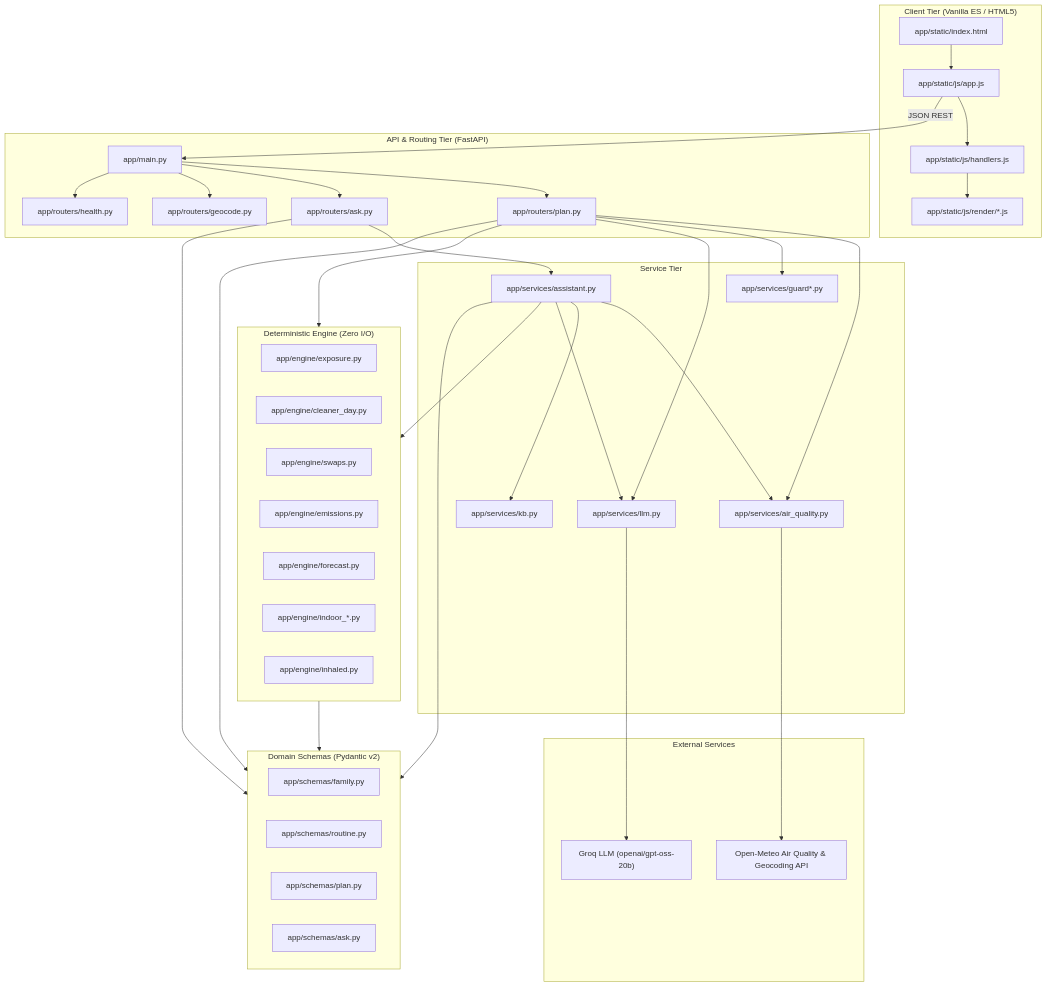
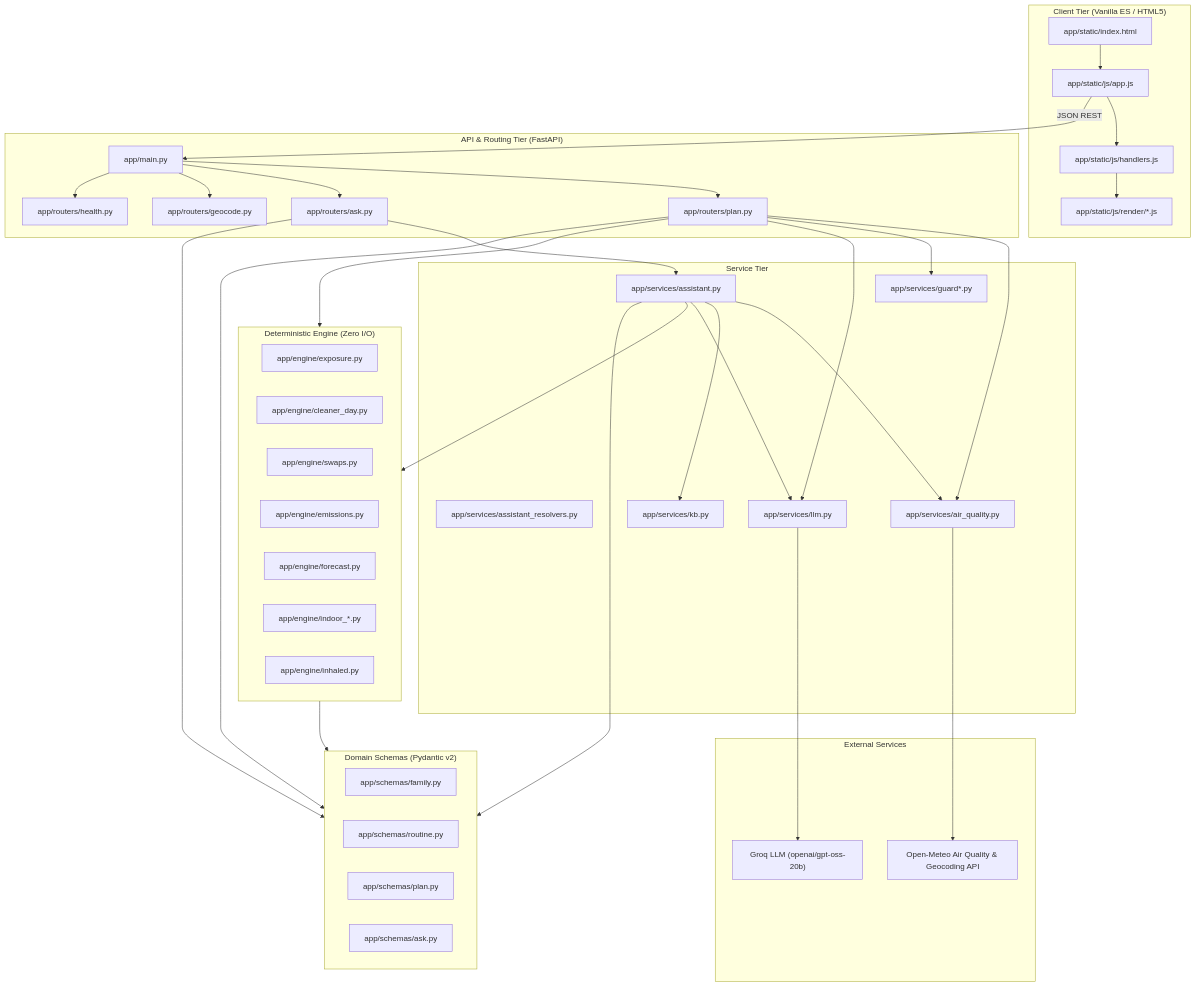
Before and after one commit to CodeWithMehru/saansplan: the diagram in docs/ARCHITECTURE.md, drawn with Mermaid. The commit also changed 9 other files, not shown here.

````diff
--- a/docs/ARCHITECTURE.md
+++ b/docs/ARCHITECTURE.md
@@ -7,63 +7,64 @@
 ```mermaid
 flowchart TD
     subgraph Client["Client Tier (Vanilla ES / HTML5)"]
         UI["app/static/index.html"]
         APP["app/static/js/app.js"]
         HANDLERS["app/static/js/handlers.js"]
         RENDER["app/static/js/render/*.js"]
     end
 
     subgraph API["API & Routing Tier (FastAPI)"]
         MAIN["app/main.py"]
         R_PLAN["app/routers/plan.py"]
         R_ASK["app/routers/ask.py"]
         R_GEO["app/routers/geocode.py"]
         R_HEALTH["app/routers/health.py"]
     end
 
     subgraph Services["Service Tier"]
         SVC_ASSIST["app/services/assistant.py"]
+        SVC_RESOLV["app/services/assistant_resolvers.py"]
         SVC_AQ["app/services/air_quality.py"]
         SVC_GUARD["app/services/guard*.py"]
         SVC_LLM["app/services/llm.py"]
         SVC_KB["app/services/kb.py"]
     end
 
     subgraph Engine["Deterministic Engine (Zero I/O)"]
         ENG_EXP["app/engine/exposure.py"]
         ENG_CLN["app/engine/cleaner_day.py"]
         ENG_SWP["app/engine/swaps.py"]
         ENG_EMI["app/engine/emissions.py"]
         ENG_FC["app/engine/forecast.py"]
         ENG_IND["app/engine/indoor_*.py"]
         ENG_INH["app/engine/inhaled.py"]
     end
 
     subgraph Schemas["Domain Schemas (Pydantic v2)"]
         SCH_FAM["app/schemas/family.py"]
         SCH_ROU["app/schemas/routine.py"]
         SCH_PLN["app/schemas/plan.py"]
         SCH_ASK["app/schemas/ask.py"]
     end
 
     subgraph External["External Services"]
         OPEN_METEO["Open-Meteo Air Quality & Geocoding API"]
         GROQ["Groq LLM (openai/gpt-oss-20b)"]
     end
 
     UI --> APP
     APP --> HANDLERS
     HANDLERS --> RENDER
     APP -- "JSON REST" --> MAIN
     MAIN --> R_PLAN & R_ASK & R_GEO & R_HEALTH
 
     R_PLAN --> SVC_AQ & SVC_GUARD & SVC_LLM & Engine
     R_ASK --> SVC_ASSIST
     SVC_ASSIST --> SVC_AQ & SVC_KB & SVC_LLM & Engine
 
     R_PLAN & R_ASK & SVC_ASSIST --> Schemas
     Engine --> Schemas
 
     SVC_AQ --> OPEN_METEO
     SVC_LLM --> GROQ
 ```
````
